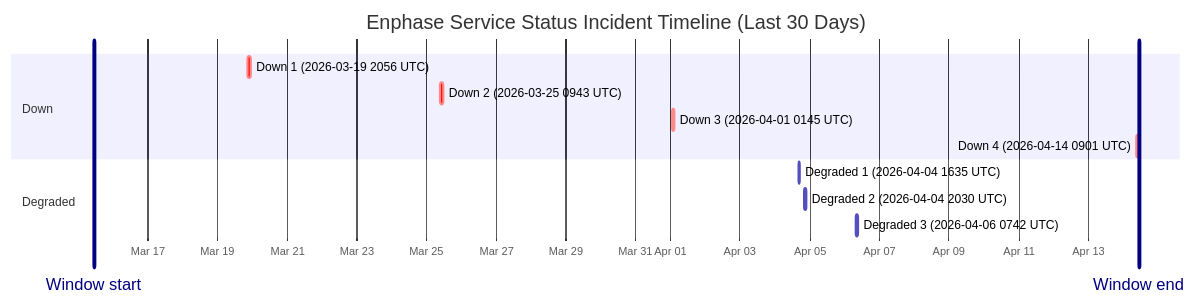
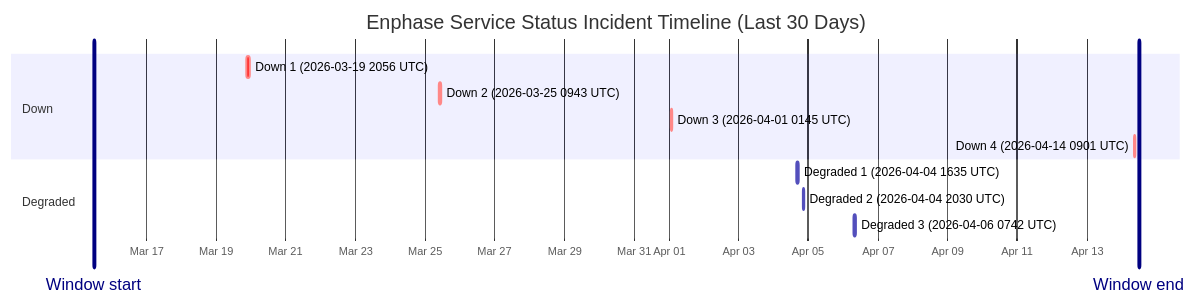
The diagram in wiki/Service-Status-History.md (barneyonline/ha-enphase-ev-charger), drawn with Mermaid before and after one commit. The commit also changed other lines of this file and 3 other files, not shown here.

````diff
--- a/wiki/Service-Status-History.md
+++ b/wiki/Service-Status-History.md
@@ -14,17 +14,17 @@
 ```mermaid
 gantt
     title Enphase Service Status Incident Timeline (Last 30 Days)
     dateFormat  YYYY-MM-DDTHH:mm:ss
     axisFormat  %b %d
-    Window start :vert, window-start, 2026-03-15T10:44:55, 0ms
-    Window end :vert, window-end, 2026-04-14T10:44:55, 0ms
+    Window start :vert, window-start, 2026-03-15T11:56:23, 0ms
+    Window end :vert, window-end, 2026-04-14T11:56:23, 0ms
     section Down
     Down 1 (2026-03-19 2056 UTC) :crit, down-1, 2026-03-19T20:56:20, 145m
     Down 2 (2026-03-25 0943 UTC) :crit, down-2, 2026-03-25T09:43:28, 111m
     Down 3 (2026-04-01 0145 UTC) :crit, down-3, 2026-04-01T01:45:09, 60m
     Down 4 (2026-04-14 0901 UTC) :crit, down-4, 2026-04-14T09:01:13, 60m
     section Degraded
     Degraded 1 (2026-04-04 1635 UTC) :active, degraded-1, 2026-04-04T16:35:17, 60m
     Degraded 2 (2026-04-04 2030 UTC) :active, degraded-2, 2026-04-04T20:30:40, 60m
     Degraded 3 (2026-04-06 0742 UTC) :active, degraded-3, 2026-04-06T07:42:09, 85m
 ```
````
